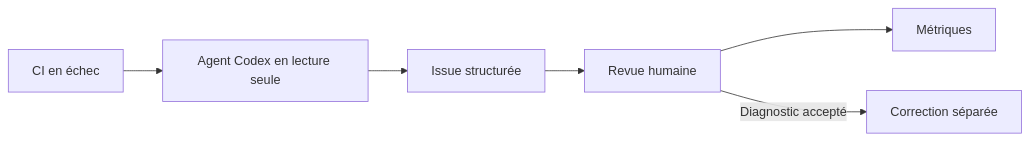
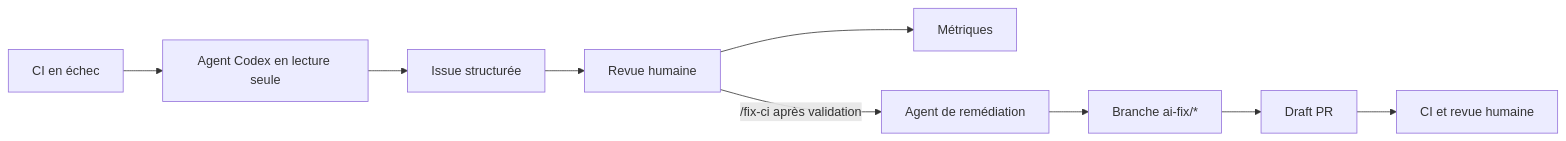
The diagram in docs/adlc.md (fx69005/adlc-ci-triage-demo), drawn with Mermaid before and after one commit. The commit also changed other lines of this file and 3 other files, not shown here.

````diff
--- a/docs/adlc.md
+++ b/docs/adlc.md
@@ -7,8 +7,11 @@
 ```mermaid
 flowchart LR
     A[CI en échec] --> B[Agent Codex en lecture seule]
     B --> C[Issue structurée]
     C --> D[Revue humaine]
     D --> E[Métriques]
-    D -->|Diagnostic accepté| F[Correction séparée]
+    D -->|/fix-ci après validation| F[Agent de remédiation]
+    F --> G[Branche ai-fix/*]
+    G --> H[Draft PR]
+    H --> I[CI et revue humaine]
 ```
````
